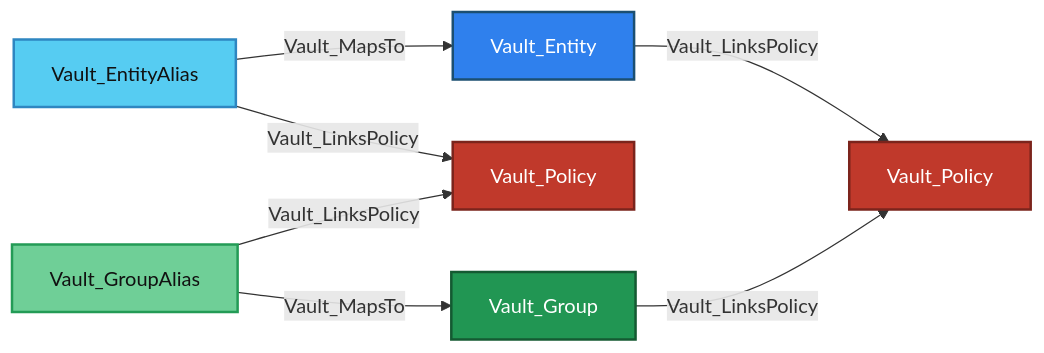
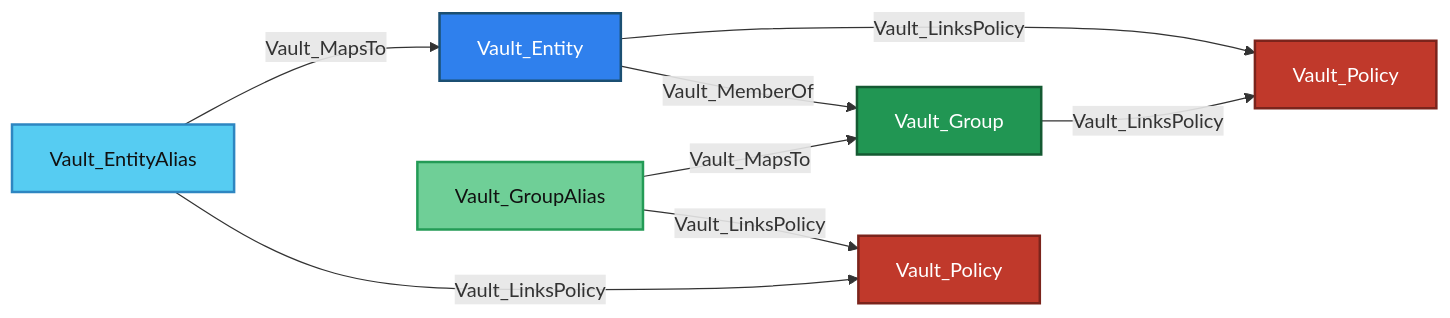
Before and after one commit to bytewreck/opengraph-vault: the second of 12 diagrams in Documentation/stores/IDENTITY.md, drawn with Mermaid.

````diff
--- a/Documentation/stores/IDENTITY.md
+++ b/Documentation/stores/IDENTITY.md
@@ -75,15 +75,16 @@
 ```mermaid
 flowchart LR
     EA[Vault_EntityAlias]:::entityAliasNode -->|Vault_MapsTo| VE[Vault_Entity]:::entityNode
     EA -->|Vault_LinksPolicy| P1[Vault_Policy]:::policyNode
     VE -->|Vault_LinksPolicy| P2[Vault_Policy]:::policyNode
     GA[Vault_GroupAlias]:::groupAliasNode -->|Vault_MapsTo| VG[Vault_Group]:::groupNode
     GA -->|Vault_LinksPolicy| P1
     VG -->|Vault_LinksPolicy| P2
-
+    VE -->|Vault_MemberOf| VG
+  
     classDef entityNode fill:#2F80ED,color:#fff,stroke:#1B4F72,stroke-width:2px
     classDef entityAliasNode fill:#56CCF2,color:#111,stroke:#2E86C1,stroke-width:2px
     classDef groupNode fill:#219653,color:#fff,stroke:#145A32,stroke-width:2px
     classDef groupAliasNode fill:#6FCF97,color:#111,stroke:#239B56,stroke-width:2px
     classDef policyNode fill:#C0392B,color:#fff,stroke:#7B241C,stroke-width:2px
 ```
````
